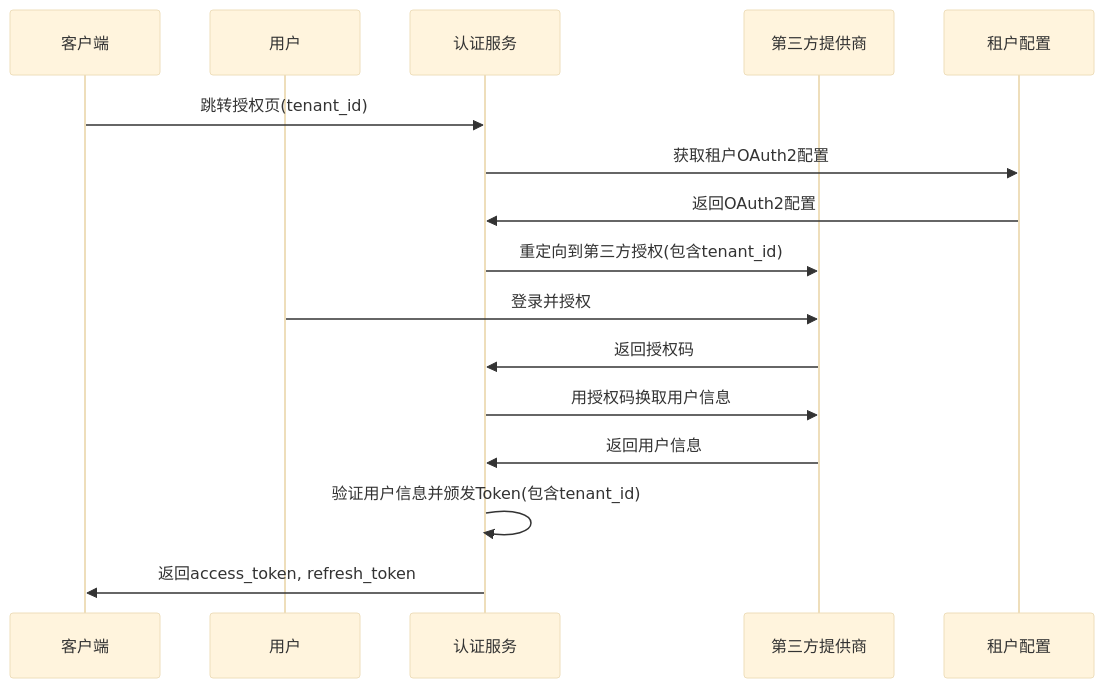
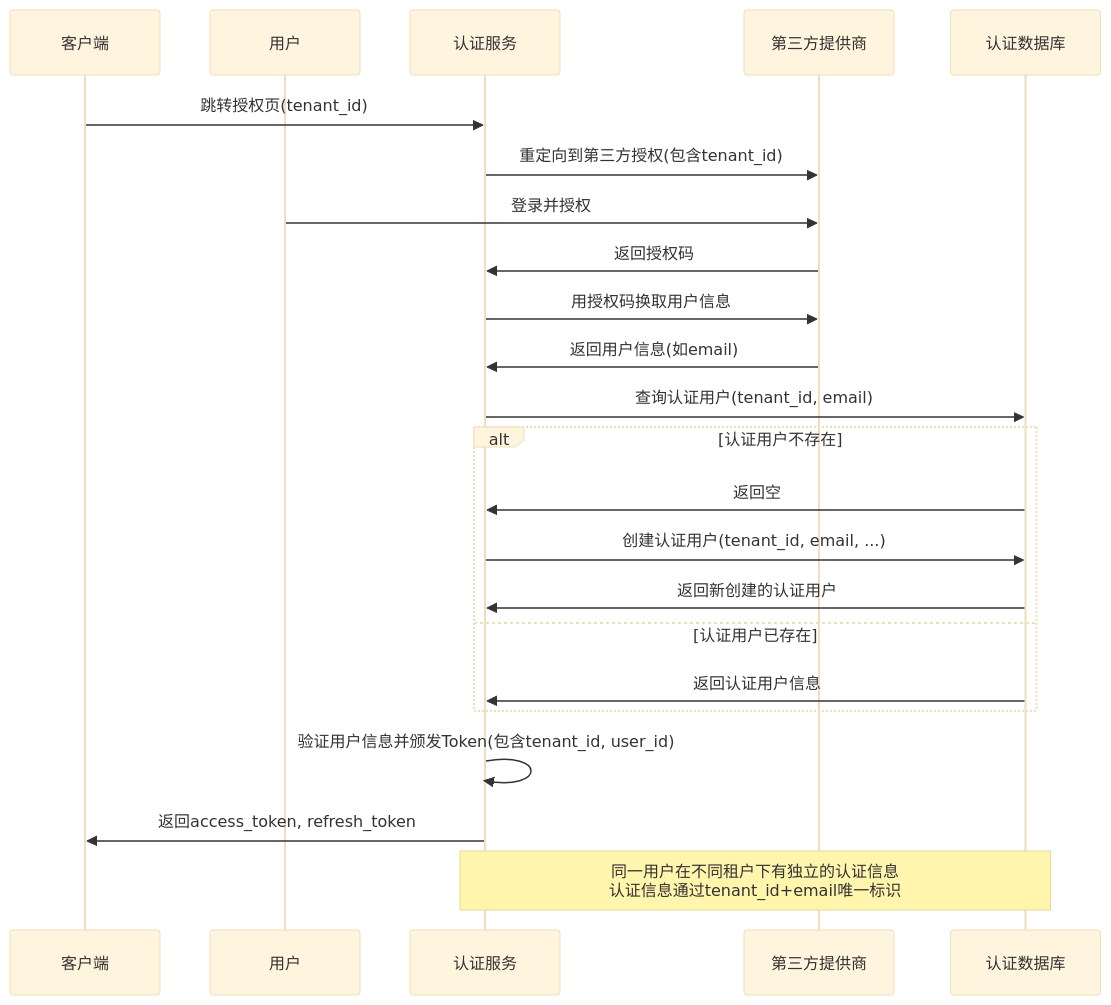
One commit to ai-archi/aiPaaS changed the third of 5 diagrams in docs/architecture/aixone-tech-auth-architecture.md. Above: the diagram before and after it, drawn with Mermaid (base theme). The commit also changed other lines of this file and 147 other files, not shown here.

````diff
--- a/docs/architecture/aixone-tech-auth-architecture.md
+++ b/docs/architecture/aixone-tech-auth-architecture.md
@@ -304,18 +471,25 @@
 ```mermaid
 sequenceDiagram
     participant C as 客户端
     participant U as 用户
     participant A as 认证服务
     participant P as 第三方提供商
-    participant T as 租户配置
+    participant DB as 认证数据库
     C->>A: 跳转授权页(tenant_id)
-    A->>T: 获取租户OAuth2配置
-    T->>A: 返回OAuth2配置
     A->>P: 重定向到第三方授权(包含tenant_id)
     U->>P: 登录并授权
     P->>A: 返回授权码
     A->>P: 用授权码换取用户信息
-    P->>A: 返回用户信息
-    A->>A: 验证用户信息并颁发Token(包含tenant_id)
+    P->>A: 返回用户信息(如email)
+    A->>DB: 查询认证用户(tenant_id, email)
+    alt 认证用户不存在
+        DB->>A: 返回空
+        A->>DB: 创建认证用户(tenant_id, email, ...)
+        DB->>A: 返回新创建的认证用户
+    else 认证用户已存在
+        DB->>A: 返回认证用户信息
+    end
+    A->>A: 验证用户信息并颁发Token(包含tenant_id, user_id)
     A->>C: 返回access_token, refresh_token
+    Note over A,DB: 同一用户在不同租户下有独立的认证信息<br/>认证信息通过tenant_id+email唯一标识
 ```
````
